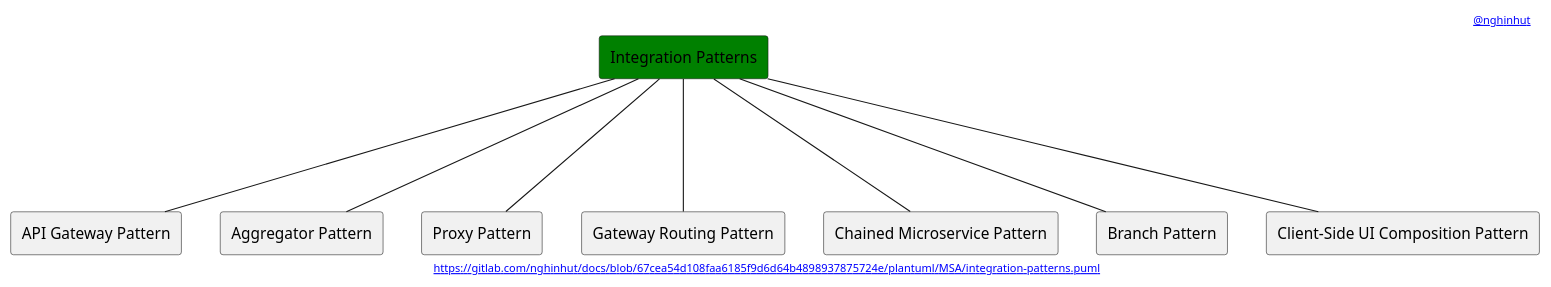
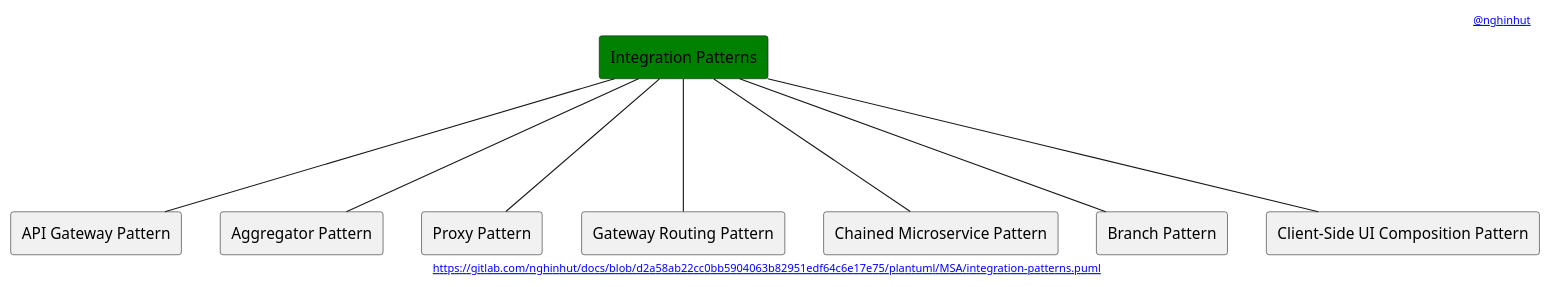
One commit to nghinhut/docs changed the diagram in plantuml/MSA/integration-patterns.puml. Above: the diagram before and after it, drawn with PlantUML. The commit also changed 24 other files, not shown here.

Commit message:
docs(plantuml): update headers

```diff
--- a/plantuml/MSA/integration-patterns.puml
+++ b/plantuml/MSA/integration-patterns.puml
@@ -1,24 +1,24 @@
 @startuml
 '-----START auto generated metadata please keep comment here to allow auto update-----
 '-----DON'T EDIT THIS SECTION, INSTEAD RE-RUN prebuild.sh TO UPDATE-----
-header [[https://www.nghinhut.dev?from=http%5C%3A%5C%2F%5C%2Fwww%5C.plantuml%5C.com%5C%2Fplantuml%5C%2Fproxy%3Ffmt%3Dsvg%5C%26src%3Dhttps%5C%3A%5C%2F%5C%2Fgitlab%5C.com%5C%2Fnghinhut%5C%2Fdocs%5C%2Fraw%5C%2F67cea54d108faa6185f9d6d64b4898937875724e%5C%2Fplantuml%5C%2FMSA%5C%2Fintegration-patterns%5C.puml%0A @nghinhut]]
-footer [[http://www.plantuml.com/plantuml/proxy?fmt=svg&src=https://gitlab.com/nghinhut/docs/raw/67cea54d108faa6185f9d6d64b4898937875724e/plantuml/MSA/integration-patterns.puml https://gitlab.com/nghinhut/docs/blob/67cea54d108faa6185f9d6d64b4898937875724e/plantuml/MSA/integration-patterns.puml]]
+header [[https://www.nghinhut.dev?from=http%5C%3A%5C%2F%5C%2Fwww%5C.plantuml%5C.com%5C%2Fplantuml%5C%2Fproxy%3Ffmt%3Dsvg%5C%26src%3Dhttps%5C%3A%5C%2F%5C%2Fgitlab%5C.com%5C%2Fnghinhut%5C%2Fdocs%5C%2Fraw%5C%2Fd2a58ab22cc0bb5904063b82951edf64c6e17e75%5C%2Fplantuml%5C%2FMSA%5C%2Fintegration-patterns%5C.puml%0A @nghinhut]]
+footer [[http://www.plantuml.com/plantuml/proxy?fmt=svg&src=https://gitlab.com/nghinhut/docs/raw/d2a58ab22cc0bb5904063b82951edf64c6e17e75/plantuml/MSA/integration-patterns.puml https://gitlab.com/nghinhut/docs/blob/d2a58ab22cc0bb5904063b82951edf64c6e17e75/plantuml/MSA/integration-patterns.puml]]
 '-----END auto generated metadata please keep comment here to allow auto update-----
 
 rectangle "Integration Patterns" as Integration #green
 
 rectangle "API Gateway Pattern" as IntegrationP1
 rectangle "Aggregator Pattern" as IntegrationP2
 rectangle "Proxy Pattern" as IntegrationP3
 rectangle "Gateway Routing Pattern" as IntegrationP4
 rectangle "Chained Microservice Pattern" as IntegrationP5
 rectangle "Branch Pattern" as IntegrationP6
 rectangle "Client-Side UI Composition Pattern" as IntegrationP7
 Integration --- IntegrationP1
 Integration --- IntegrationP2
 Integration --- IntegrationP3
 Integration --- IntegrationP4
 Integration --- IntegrationP5
 Integration --- IntegrationP6
 Integration --- IntegrationP7
 @enduml
```
